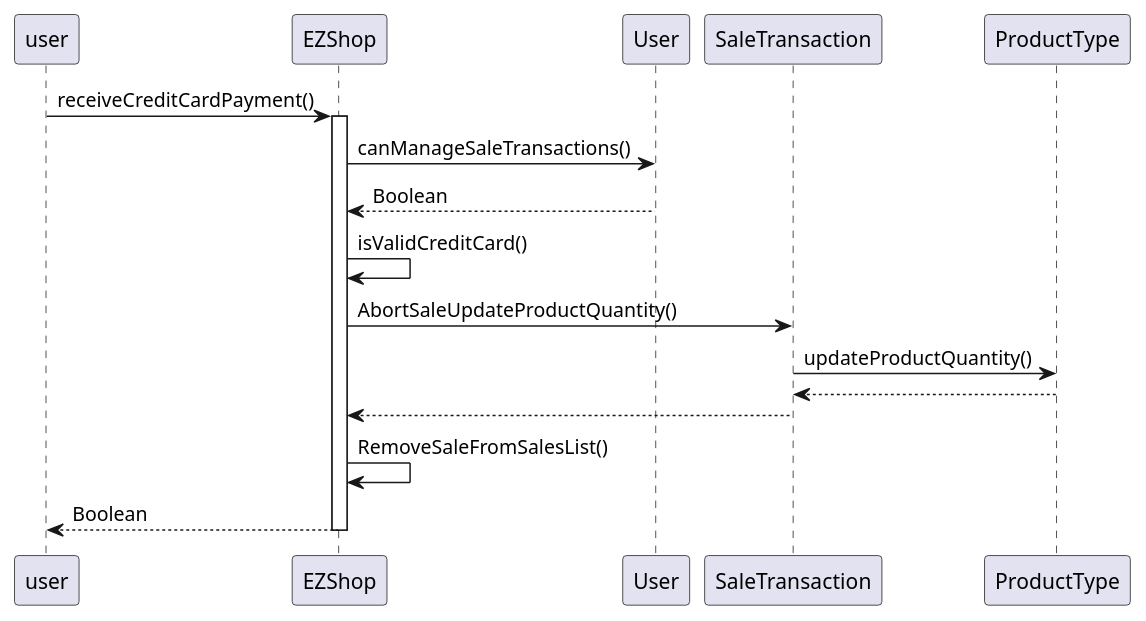
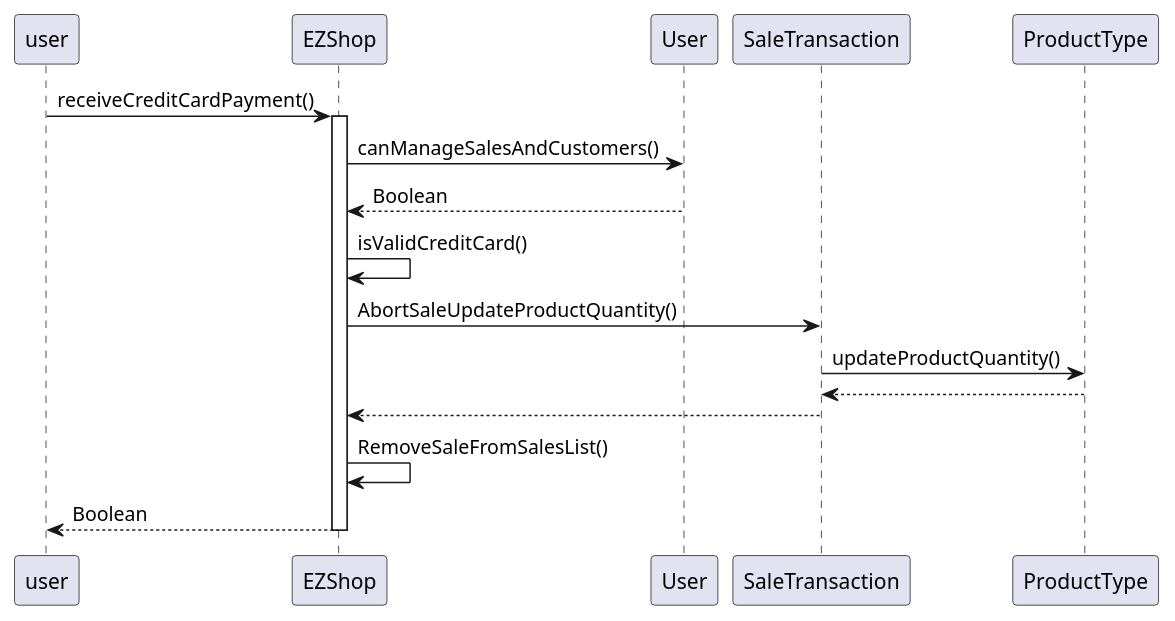
One commit to gioele-scaletta/EZShop-Software-Engineering-Project changed diagram 15 of 18 in Deliverables/DesignDocument.md. Above: the diagram before and after it, drawn with PlantUML. The commit also changed other lines of this file and 1 other file, not shown here.

````diff
--- a/Deliverables/DesignDocument.md
+++ b/Deliverables/DesignDocument.md
@@ -573,14 +577,14 @@
 ```plantuml
 user -> EZShop : receiveCreditCardPayment()
 activate  EZShop
-EZShop -> User : canManageSaleTransactions()
+EZShop -> User : canManageSalesAndCustomers()
 EZShop <-- User : Boolean
 EZShop -> EZShop : isValidCreditCard()
 EZShop -> SaleTransaction : AbortSaleUpdateProductQuantity()
 SaleTransaction -> ProductType : updateProductQuantity()
 SaleTransaction <-- ProductType
 EZShop <-- SaleTransaction 
 EZShop->EZShop : RemoveSaleFromSalesList()
 user <-- EZShop : Boolean
 deactivate EZShop
 ```
````
